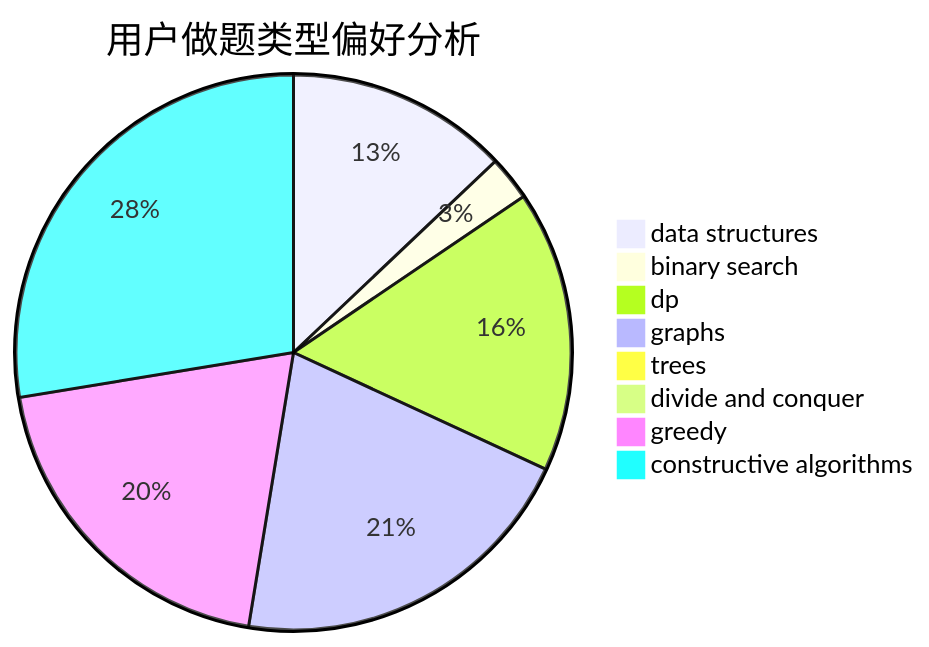
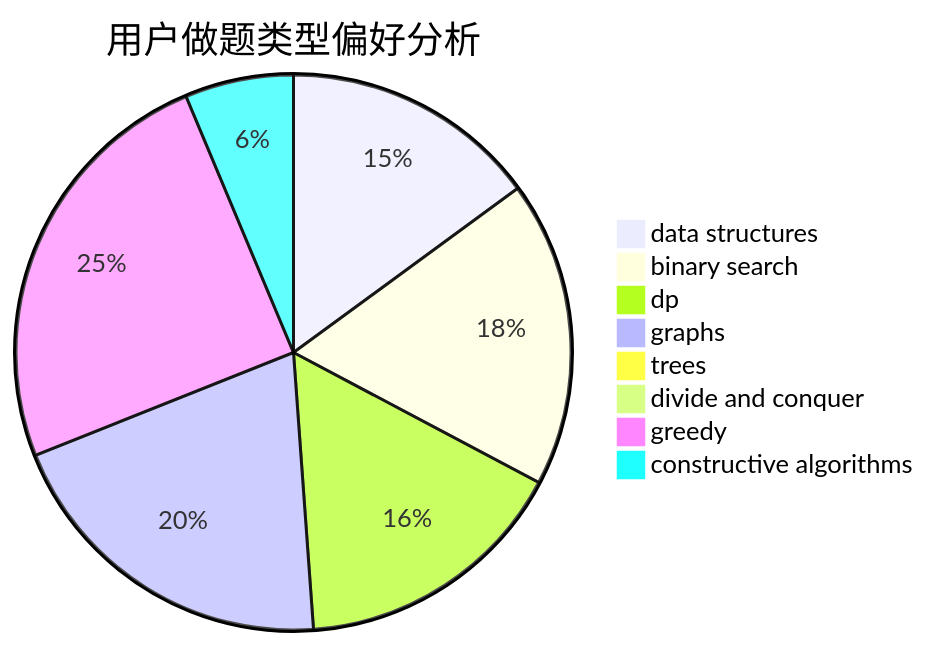
The second of 3 diagrams in docs/user/u1775.md (sherpahu/cfrs.github.io), drawn with Mermaid before and after one commit. The commit also changed other lines of this file and 2770 other files, not shown here.

````diff
--- a/docs/user/u1775.md
+++ b/docs/user/u1775.md
@@ -23,11 +23,11 @@
 ```mermaid
 pie title 用户做题类型偏好分析
-    "data structures" :  15
-    "binary search" :  3
-    "dp" :  19
-    "graphs" :  24
+    "data structures" :  26
+    "binary search" :  31
+    "dp" :  28
+    "graphs" :  35
     "trees" :  0
-    "divide and conquer" :  0
-    "greedy" :  23
-    "constructive algorithms" :  32
+    "divide and conquer" :  1
+    "greedy" :  43
+    "constructive algorithms" :  11
 ```
````
